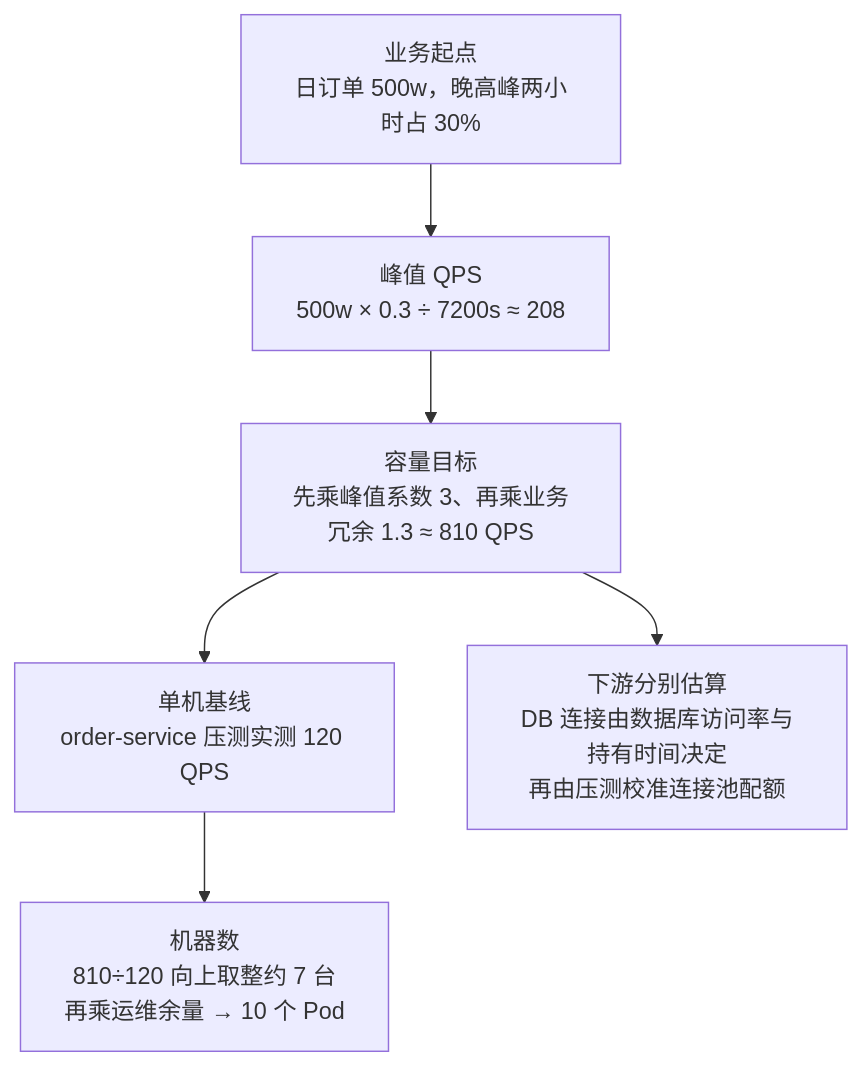
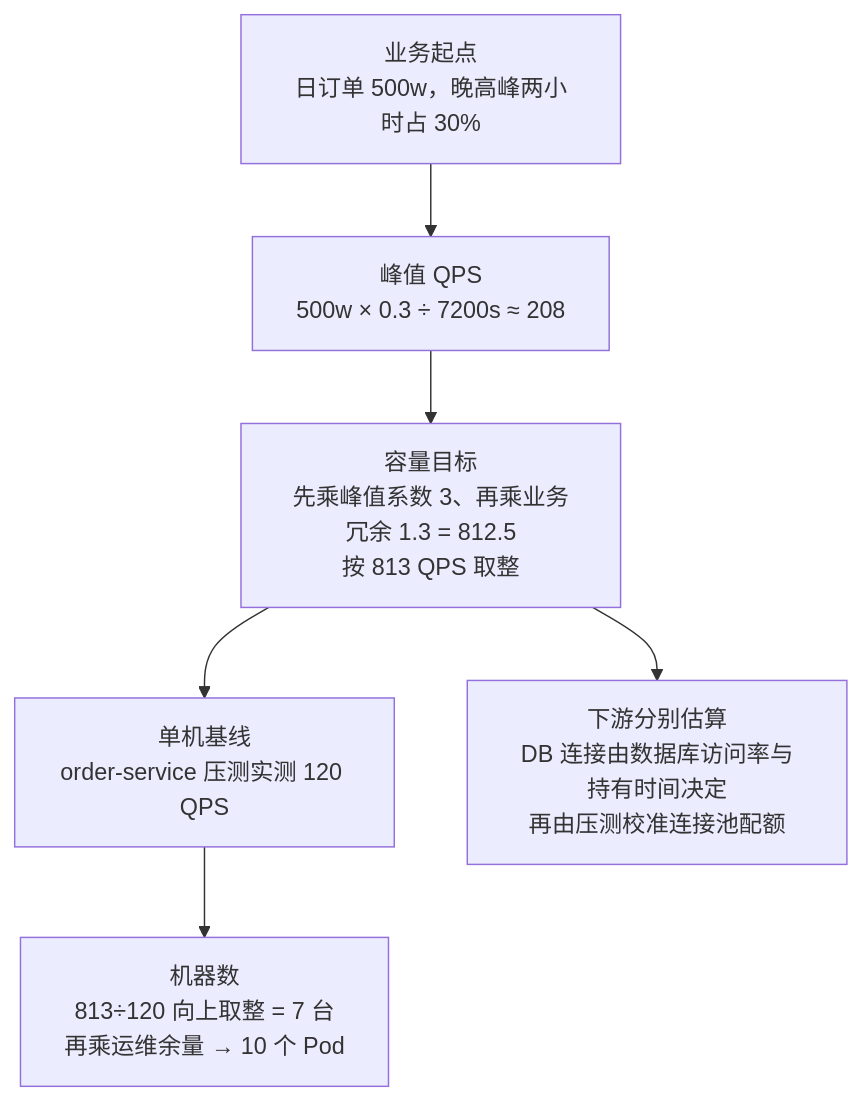
The first of 3 diagrams in docs/06-阶段六-架构设计与服务端思维/06-容量规划与压测.md (CrazyForks/java-full-stack), drawn with Mermaid before and after one commit. The commit also changed other lines of this file and 58 other files, not shown here.

````diff
--- a/docs/06-阶段六-架构设计与服务端思维/06-容量规划与压测.md
+++ b/docs/06-阶段六-架构设计与服务端思维/06-容量规划与压测.md
@@ -89,8 +101,8 @@
 ```mermaid
 flowchart TD
     A["业务起点<br/>日订单 500w，晚高峰两小时占 30%"] --> B["峰值 QPS<br/>500w × 0.3 ÷ 7200s ≈ 208"]
-    B --> C["容量目标<br/>先乘峰值系数 3、再乘业务冗余 1.3 ≈ 810 QPS"]
+    B --> C["容量目标<br/>先乘峰值系数 3、再乘业务冗余 1.3 = 812.5<br/>按 813 QPS 取整"]
     C --> D["单机基线<br/>order-service 压测实测 120 QPS"]
-    D --> E["机器数<br/>810÷120 向上取整约 7 台<br/>再乘运维余量 → 10 个 Pod"]
+    D --> E["机器数<br/>813÷120 向上取整 = 7 台<br/>再乘运维余量 → 10 个 Pod"]
     C --> F["下游分别估算<br/>DB 连接由数据库访问率与持有时间决定<br/>再由压测校准连接池配额"]
 ```
````
